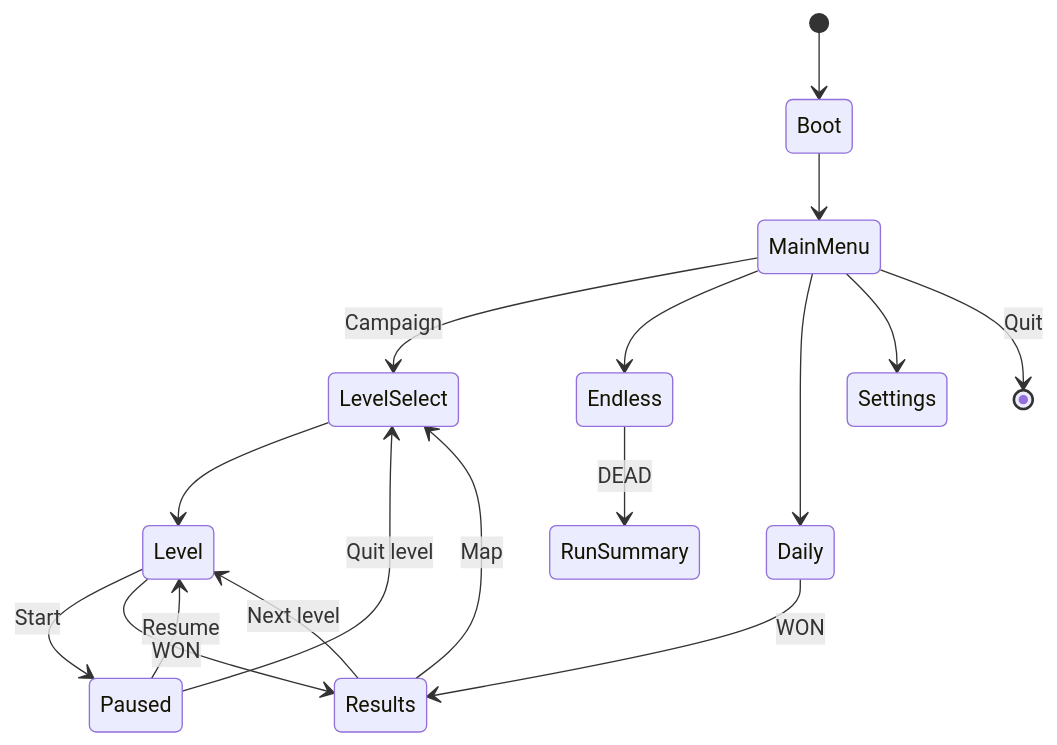
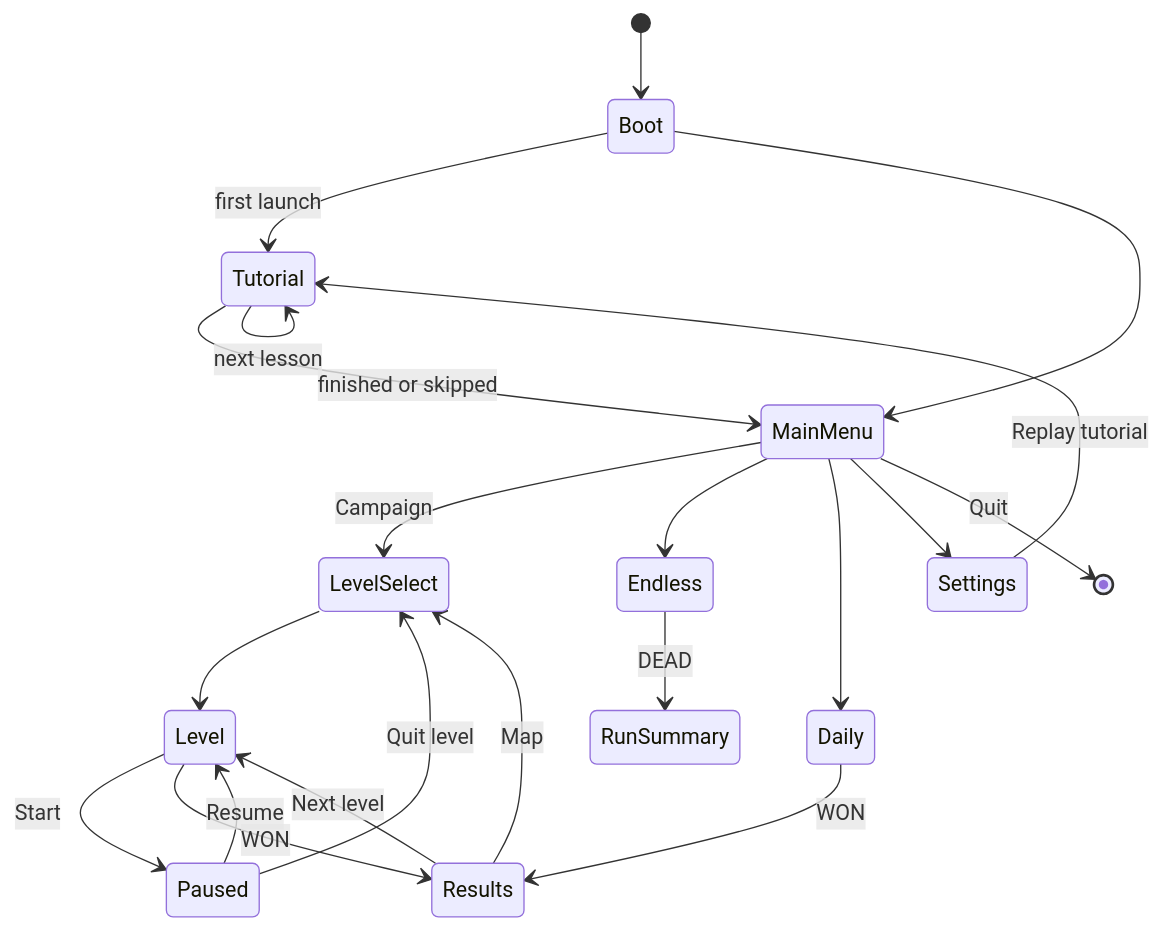
Before and after one commit to iszlai/hex-game: the second of 3 diagrams in HEXFLOW-SPEC.md, drawn with Mermaid. The commit also changed other lines of this file and 4 other files, not shown here.

````diff
--- a/HEXFLOW-SPEC.md
+++ b/HEXFLOW-SPEC.md
@@ -706,19 +731,23 @@
 ```mermaid
 stateDiagram-v2
     [*] --> Boot
+    Boot --> Tutorial : first launch
     Boot --> MainMenu
+    Tutorial --> Tutorial : next lesson
+    Tutorial --> MainMenu : finished or skipped
     MainMenu --> LevelSelect : Campaign
     MainMenu --> Endless
     MainMenu --> Daily
     MainMenu --> Settings
     MainMenu --> [*] : Quit
     LevelSelect --> Level
     Level --> Paused : Start
     Paused --> Level : Resume
     Paused --> LevelSelect : Quit level
     Level --> Results : WON
     Results --> Level : Next level
     Results --> LevelSelect : Map
     Endless --> RunSummary : DEAD
     Daily --> Results : WON
+    Settings --> Tutorial : Replay tutorial
 ```
````
